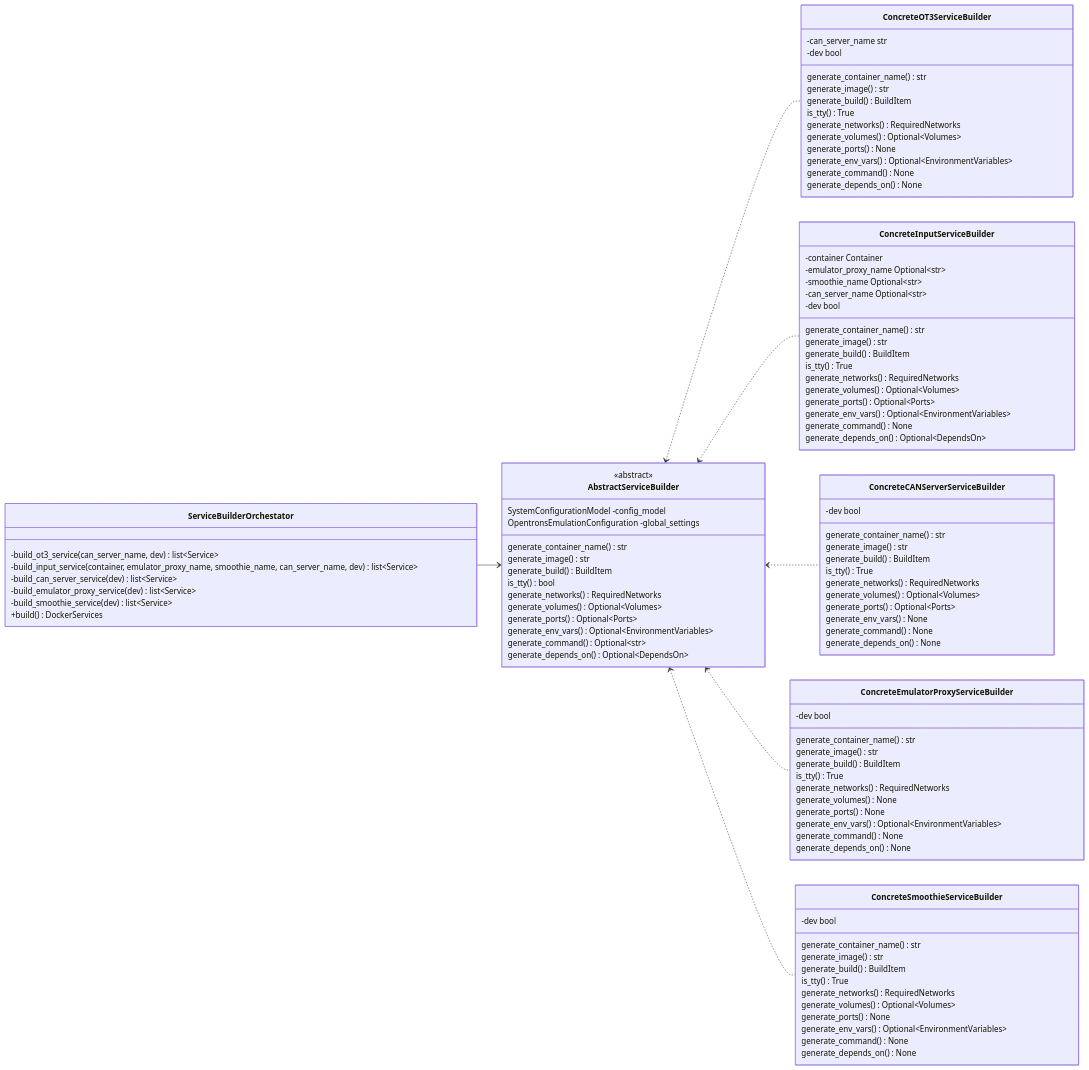
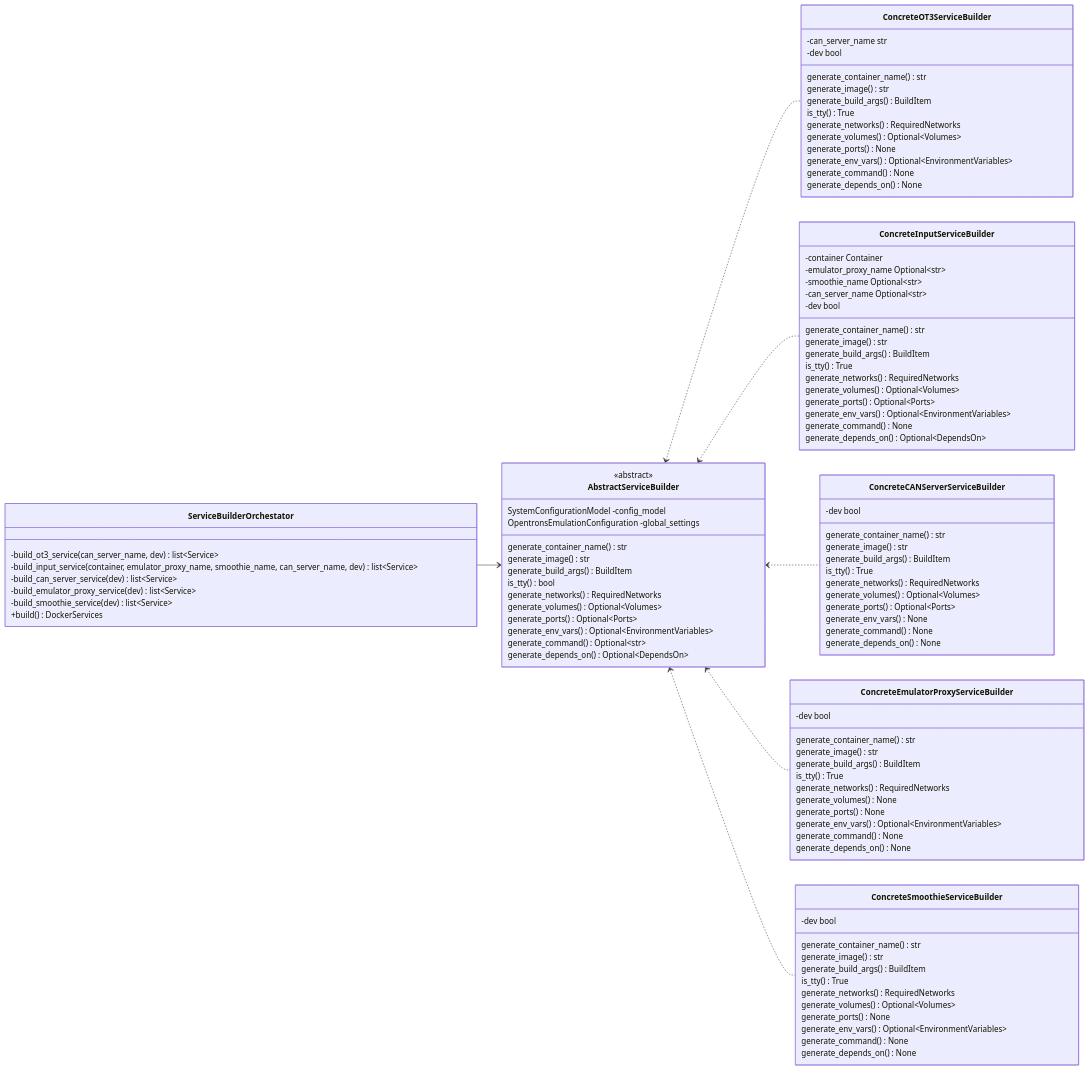
The diagram in docs/BUILDER_CLASS_DIAGRAMS.md (Opentrons/opentrons-emulation), drawn with Mermaid before and after one commit. The commit also changed 6 other files, not shown here.

```diff
--- a/docs/BUILDER_CLASS_DIAGRAMS.md
+++ b/docs/BUILDER_CLASS_DIAGRAMS.md
@@ -9,7 +9,7 @@
 
 AbstractServiceBuilder: generate_container_name() str
 AbstractServiceBuilder: generate_image() str
-AbstractServiceBuilder: generate_build() BuildItem
+AbstractServiceBuilder: generate_build_args() BuildItem
 AbstractServiceBuilder: is_tty() bool
 AbstractServiceBuilder: generate_networks() RequiredNetworks
 AbstractServiceBuilder: generate_volumes() Optional~Volumes~
@@ -26,7 +26,7 @@
 
 ConcreteOT3ServiceBuilder: generate_container_name() str
 ConcreteOT3ServiceBuilder: generate_image() str
-ConcreteOT3ServiceBuilder: generate_build() BuildItem
+ConcreteOT3ServiceBuilder: generate_build_args() BuildItem
 ConcreteOT3ServiceBuilder: is_tty() True
 ConcreteOT3ServiceBuilder: generate_networks() RequiredNetworks
 ConcreteOT3ServiceBuilder: generate_volumes() Optional~Volumes~
@@ -46,7 +46,7 @@
 
 ConcreteInputServiceBuilder: generate_container_name() str
 ConcreteInputServiceBuilder: generate_image() str
-ConcreteInputServiceBuilder: generate_build() BuildItem
+ConcreteInputServiceBuilder: generate_build_args() BuildItem
 ConcreteInputServiceBuilder: is_tty() True
 ConcreteInputServiceBuilder: generate_networks() RequiredNetworks
 ConcreteInputServiceBuilder: generate_volumes() Optional~Volumes~
@@ -62,7 +62,7 @@
 
 ConcreteCANServerServiceBuilder: generate_container_name() str
 ConcreteCANServerServiceBuilder: generate_image() str
-ConcreteCANServerServiceBuilder: generate_build() BuildItem
+ConcreteCANServerServiceBuilder: generate_build_args() BuildItem
 ConcreteCANServerServiceBuilder: is_tty() True
 ConcreteCANServerServiceBuilder: generate_networks() RequiredNetworks
 ConcreteCANServerServiceBuilder: generate_volumes() Optional~Volumes~
@@ -78,7 +78,7 @@
 
 ConcreteEmulatorProxyServiceBuilder: generate_container_name() str
 ConcreteEmulatorProxyServiceBuilder: generate_image() str
-ConcreteEmulatorProxyServiceBuilder: generate_build() BuildItem
+ConcreteEmulatorProxyServiceBuilder: generate_build_args() BuildItem
 ConcreteEmulatorProxyServiceBuilder: is_tty() True
 ConcreteEmulatorProxyServiceBuilder: generate_networks() RequiredNetworks
 ConcreteEmulatorProxyServiceBuilder: generate_volumes() None
@@ -94,7 +94,7 @@
 
 ConcreteSmoothieServiceBuilder: generate_container_name() str
 ConcreteSmoothieServiceBuilder: generate_image() str
-ConcreteSmoothieServiceBuilder: generate_build() BuildItem
+ConcreteSmoothieServiceBuilder: generate_build_args() BuildItem
 ConcreteSmoothieServiceBuilder: is_tty() True
 ConcreteSmoothieServiceBuilder: generate_networks() RequiredNetworks
 ConcreteSmoothieServiceBuilder: generate_volumes() Optional~Volumes~
```
